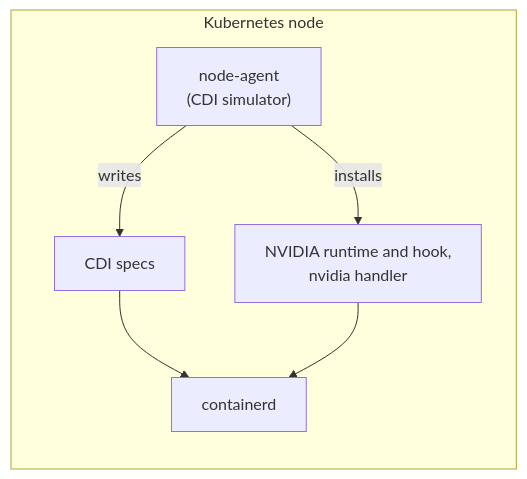
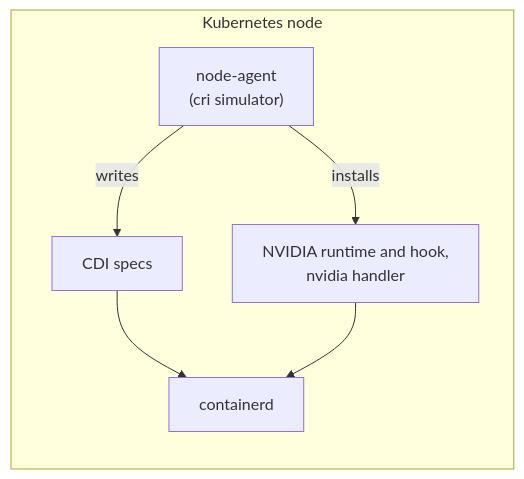
Before and after one commit to NVIDIA/k8s-test-infra: the fifth of 7 diagrams in enhancements/meps/0006-automatic-cdi-setup/README.md, drawn with Mermaid. The commit also changed other lines of this file and 89 other files, not shown here.

Commit message:
#881: Configure containerd right from Mokka CRI simulator

````diff
--- a/enhancements/meps/0006-automatic-cdi-setup/README.md
+++ b/enhancements/meps/0006-automatic-cdi-setup/README.md
@@ -543,13 +570,13 @@
 ```mermaid
 flowchart LR
   subgraph node["Kubernetes node"]
-    agent["node-agent<br/>(CDI simulator)"]
+    agent["node-agent<br/>(cri simulator)"]
     specs["CDI specs"]
     runtime["NVIDIA runtime and hook,<br/>nvidia handler"]
     ctrd["containerd"]
   end
   agent -- writes --> specs
   agent -- installs --> runtime
   specs --> ctrd
   runtime --> ctrd
 ```
````
